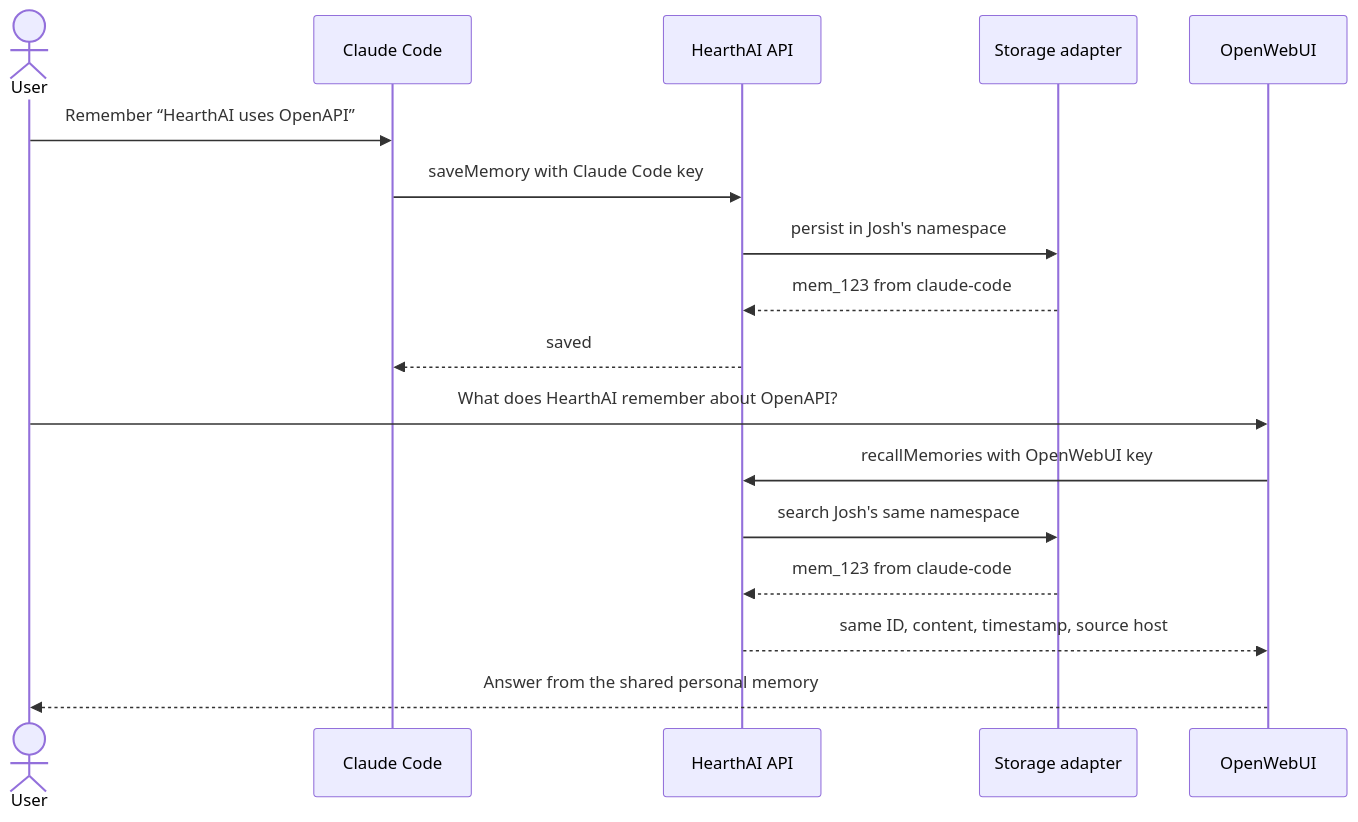
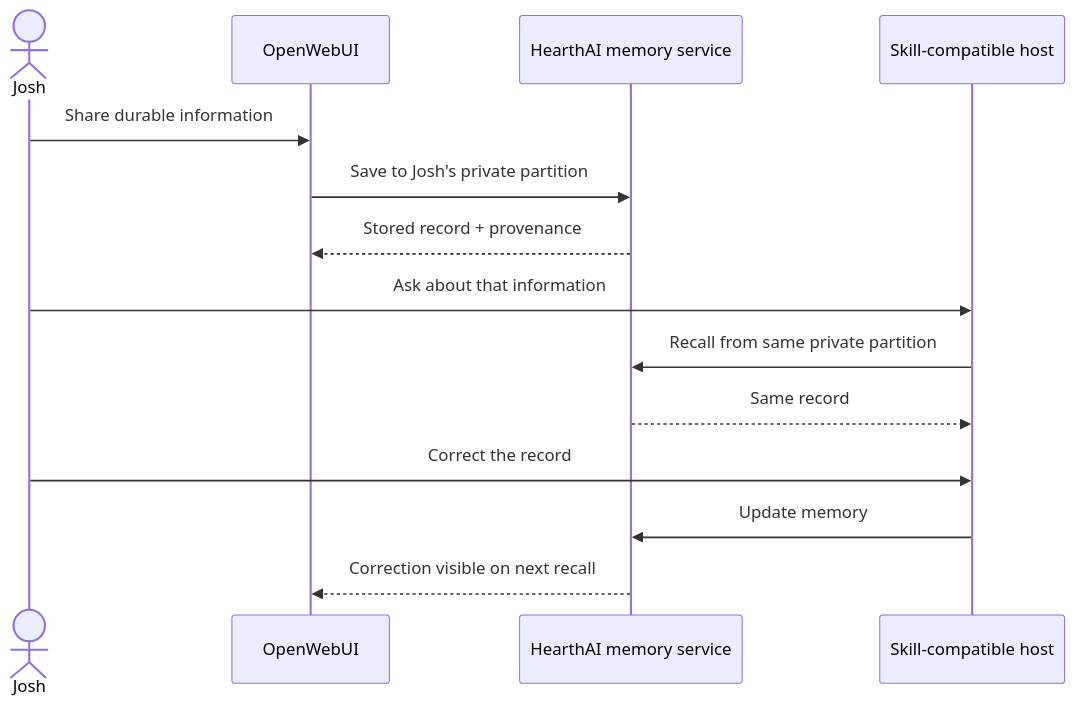
Before and after one commit to jokajak/hearthai: the fourth of 6 diagrams in docs/ARCHITECTURE.md, drawn with Mermaid. The commit also changed other lines of this file and 3 other files, not shown here.

Commit message:
Document HearthAI capability roadmap

````diff
--- a/docs/ARCHITECTURE.md
+++ b/docs/ARCHITECTURE.md
@@ -266,21 +228,17 @@
 ```mermaid
 sequenceDiagram
-    actor User
-    participant CC as Claude Code
-    participant API as HearthAI API
-    participant Store as Storage adapter
+    actor Josh
     participant OW as OpenWebUI
+    participant Mem as HearthAI memory service
+    participant Host as Skill-compatible host
 
-    User->>CC: Remember “HearthAI uses OpenAPI”
-    CC->>API: saveMemory with Claude Code key
-    API->>Store: persist in Josh's namespace
-    Store-->>API: mem_123 from claude-code
-    API-->>CC: saved
-
-    User->>OW: What does HearthAI remember about OpenAPI?
-    OW->>API: recallMemories with OpenWebUI key
-    API->>Store: search Josh's same namespace
-    Store-->>API: mem_123 from claude-code
-    API-->>OW: same ID, content, timestamp, source host
-    OW-->>User: Answer from the shared personal memory
+    Josh->>OW: Share durable information
+    OW->>Mem: Save to Josh's private partition
+    Mem-->>OW: Stored record + provenance
+    Josh->>Host: Ask about that information
+    Host->>Mem: Recall from same private partition
+    Mem-->>Host: Same record
+    Josh->>Host: Correct the record
+    Host->>Mem: Update memory
+    Mem-->>OW: Correction visible on next recall
 ```
````
